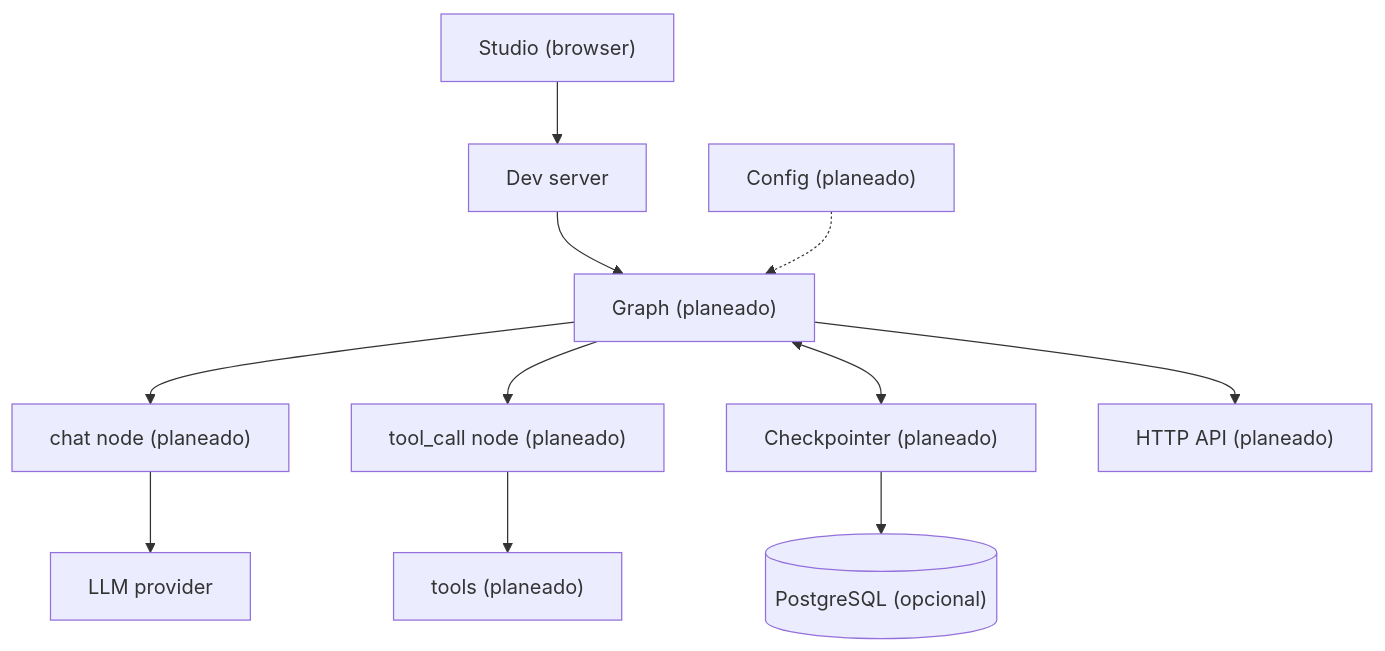
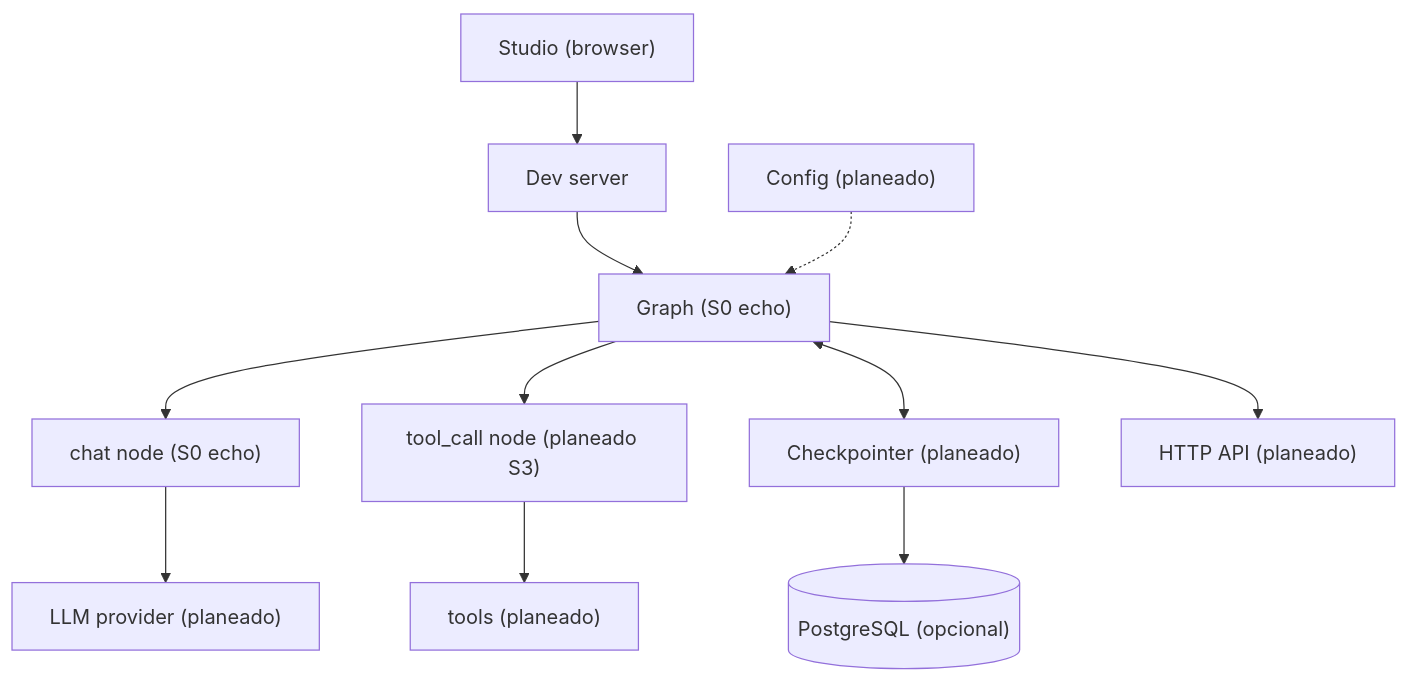
One commit to dinoesau/langgraph-template changed the first of 3 diagrams in docs/architecture.md. Above: the diagram before and after it, drawn with Mermaid. The commit also changed other lines of this file and 8 other files, not shown here.

````diff
--- a/docs/architecture.md
+++ b/docs/architecture.md
@@ -9,13 +10,13 @@
 ```mermaid
 graph TB
     Studio["Studio (browser)"] --> Dev["Dev server"]
-    Dev --> Graph["Graph (planeado)"]
-    Graph --> Chat["chat node (planeado)"]
-    Graph --> ToolCall["tool_call node (planeado)"]
-    Chat --> LLM["LLM provider"]
+    Dev --> Graph["Graph (S0 echo)"]
+    Graph --> Chat["chat node (S0 echo)"]
+    Graph --> ToolCall["tool_call node (planeado S3)"]
+    Chat --> LLM["LLM provider (planeado)"]
     ToolCall --> Tools["tools (planeado)"]
     Graph <--> Ckpt["Checkpointer (planeado)"]
     Ckpt --> PG[("PostgreSQL (opcional)")]
     Graph --> API["HTTP API (planeado)"]
     Cfg["Config (planeado)"] -.-> Graph
 ```
````
